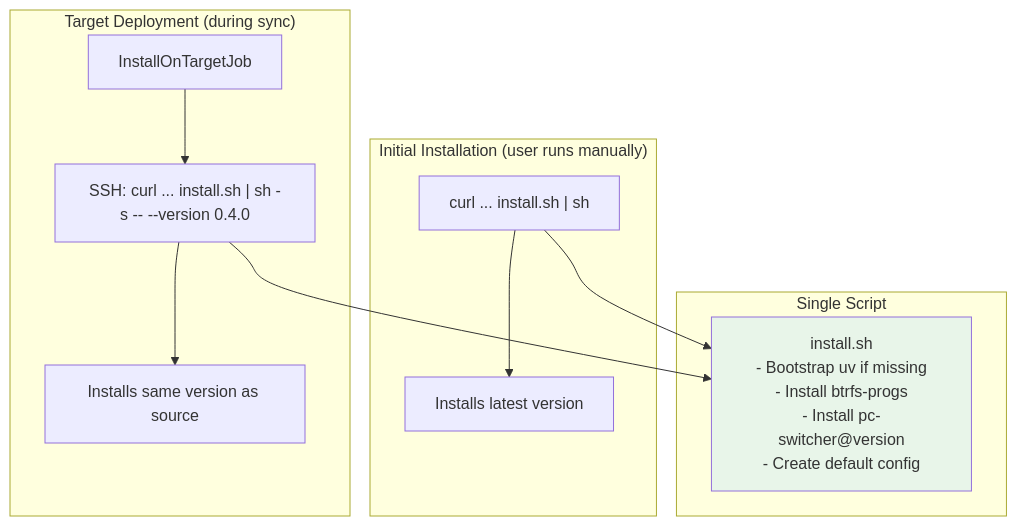
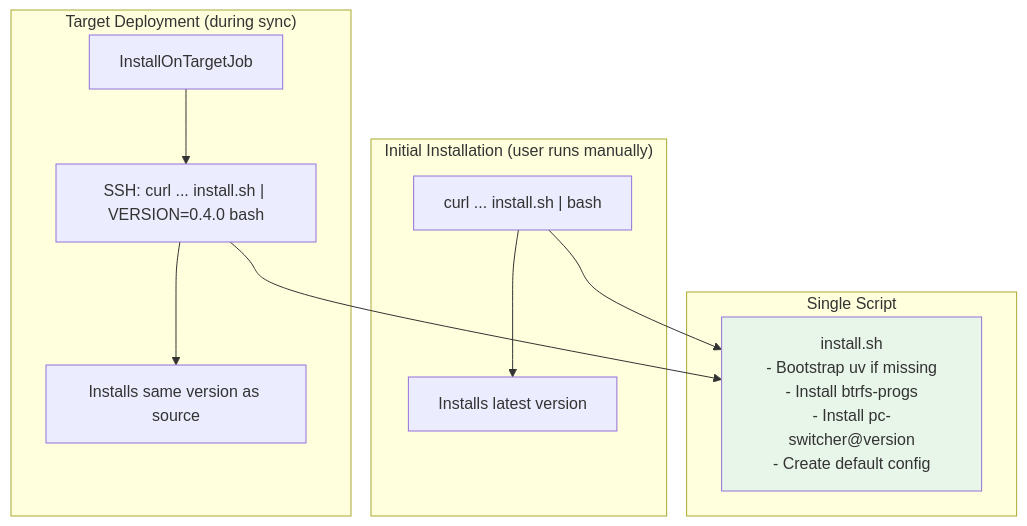
Before and after one commit to flaksit/pc-switcher: diagram 19 of 20 in specs/001-foundation/architecture.md, drawn with Mermaid. The commit also changed other lines of this file and 5 other files, not shown here.

````diff
--- a/specs/001-foundation/architecture.md
+++ b/specs/001-foundation/architecture.md
@@ -1481,26 +1481,26 @@
 ```mermaid
 graph TD
     subgraph "Initial Installation (user runs manually)"
-        UserCurl["curl ... install.sh | sh"]
+        UserCurl["curl ... install.sh | bash"]
         Note1["Installs latest version"]
     end
 
     subgraph "Target Deployment (during sync)"
         InstallJob["InstallOnTargetJob"]
-        SSHCurl["SSH: curl ... install.sh | sh -s -- --version 0.4.0"]
+        SSHCurl["SSH: curl ... install.sh | VERSION=0.4.0 bash"]
         Note2["Installs same version as source"]
     end
 
     subgraph "Single Script"
         InstallSh["install.sh<br/>- Bootstrap uv if missing<br/>- Install btrfs-progs<br/>- Install pc-switcher@version<br/>- Create default config"]
     end
 
     UserCurl --> Note1
     InstallJob --> SSHCurl
     SSHCurl --> Note2
 
     UserCurl --> InstallSh
     SSHCurl --> InstallSh
 
     style InstallSh fill:#e8f5e9
 ```
````
